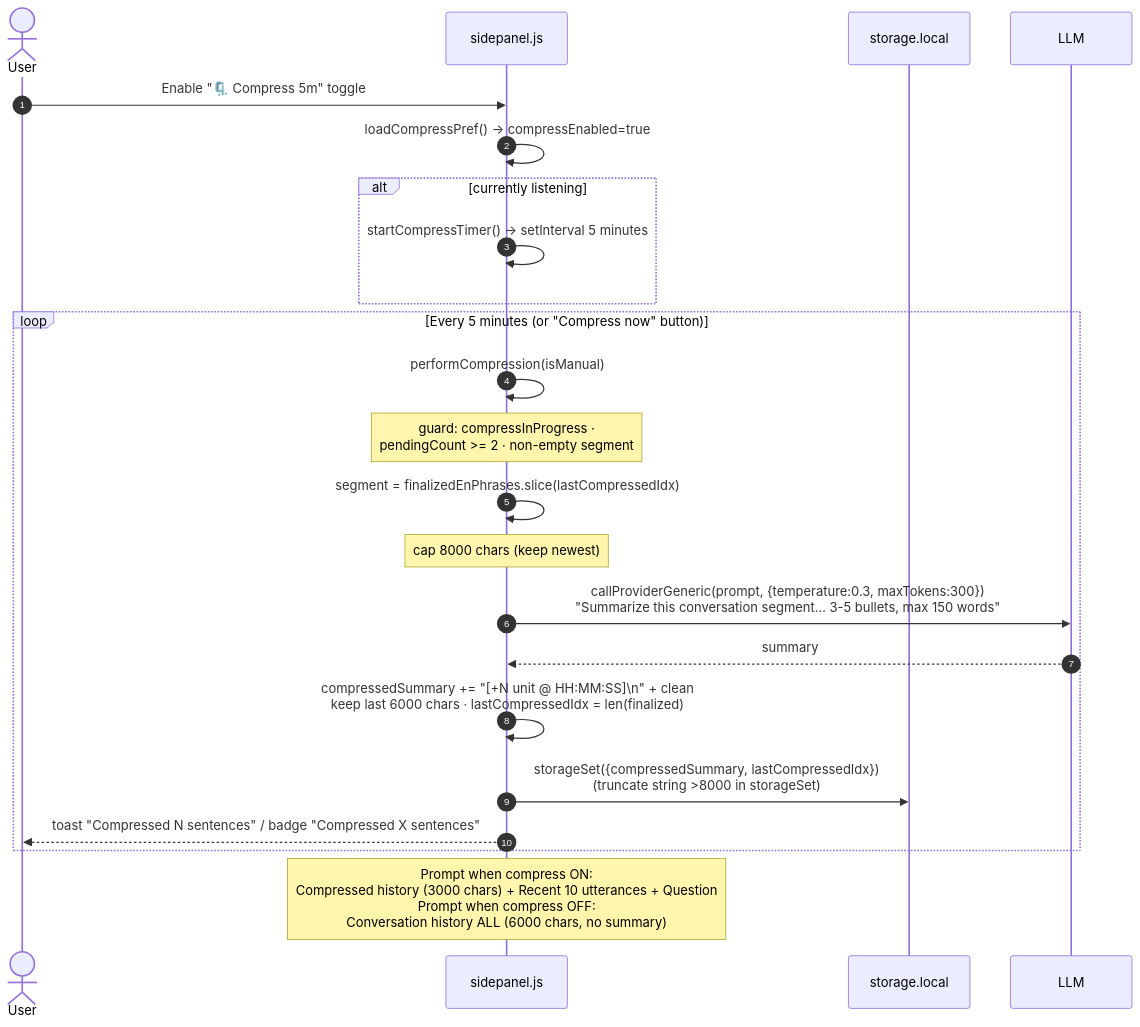
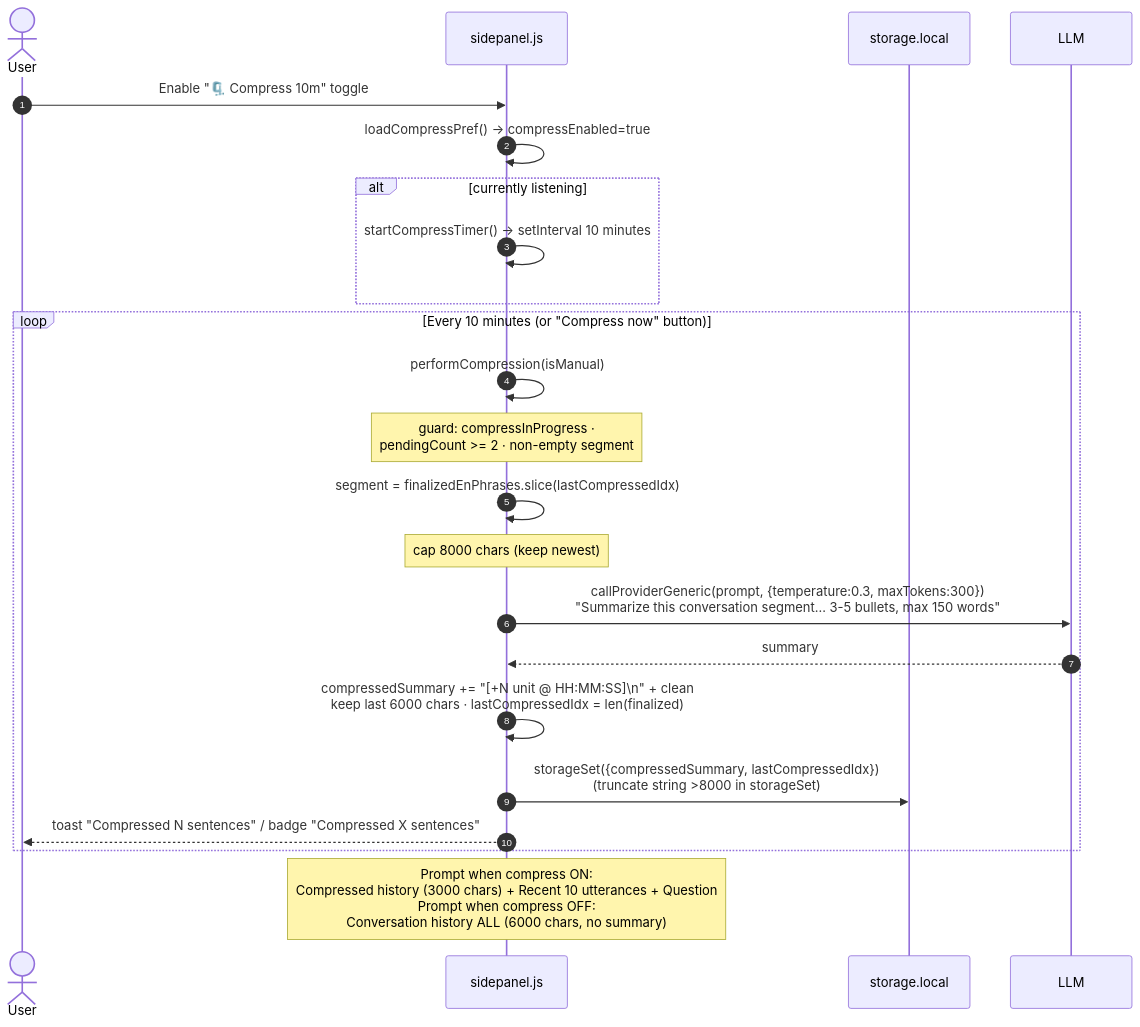
Before and after one commit to nbhson/app-live-translate-extension: the sixth of 9 diagrams in README.md, drawn with Mermaid. The commit also changed other lines of this file and 16 other files, not shown here.

````diff
--- a/README.md
+++ b/README.md
@@ -270,27 +270,27 @@
 ```mermaid
 sequenceDiagram
     autonumber
     actor U as User
     participant UI as sidepanel.js
     participant ST as storage.local
 
-    U->>UI: Enable "🗜️ Compress 5m" toggle
+    U->>UI: Enable "🗜️ Compress 10m" toggle
     UI->>UI: loadCompressPref() → compressEnabled=true
     alt currently listening
-        UI->>UI: startCompressTimer() → setInterval 5 minutes
+        UI->>UI: startCompressTimer() → setInterval 10 minutes
     end
 
-    loop Every 5 minutes (or "Compress now" button)
+    loop Every 10 minutes (or "Compress now" button)
         UI->>UI: performCompression(isManual)
         Note over UI: guard: compressInProgress ·<br/>pendingCount >= 2 · non-empty segment
         UI->>UI: segment = finalizedEnPhrases.slice(lastCompressedIdx)
         Note over UI: cap 8000 chars (keep newest)
         UI->>LLM: callProviderGeneric(prompt, {temperature:0.3, maxTokens:300})<br/>"Summarize this conversation segment... 3-5 bullets, max 150 words"
         LLM-->>UI: summary
         UI->>UI: compressedSummary += "[+N unit @ HH:MM:SS]\n" + clean<br/>keep last 6000 chars · lastCompressedIdx = len(finalized)
         UI->>ST: storageSet({compressedSummary, lastCompressedIdx})<br/>(truncate string >8000 in storageSet)
         UI-->>U: toast "Compressed N sentences" / badge "Compressed X sentences"
     end
 
     Note over UI: Prompt when compress ON:<br/>Compressed history (3000 chars) + Recent 10 utterances + Question<br/>Prompt when compress OFF:<br/>Conversation history ALL (6000 chars, no summary)
 ```
````
